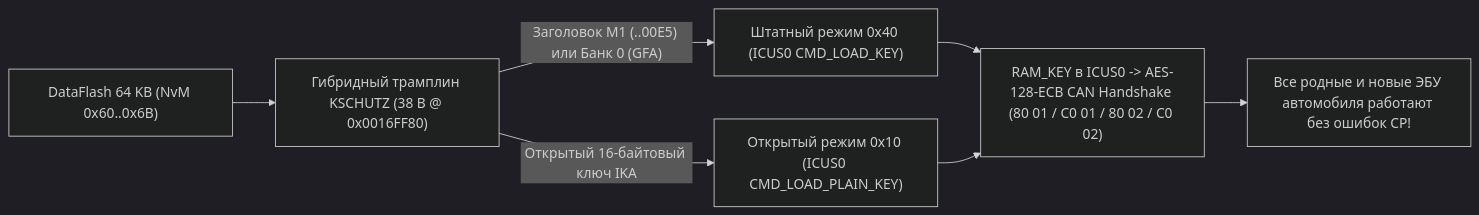
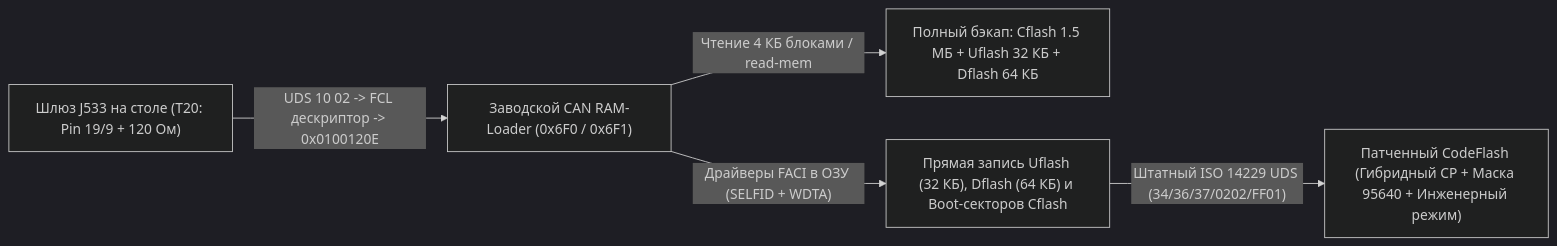
One commit to perkthefox/mqb_contitool changed the diagram in README.md. Above: the diagram before and after it, drawn with Mermaid (dark theme). The commit also changed other lines of this file and 97 other files, not shown here.

````diff
--- a/README.md
+++ b/README.md
@@ -91,9 +79,7 @@
 ```mermaid
 flowchart LR
-    NVM["DataFlash 64 KB (NvM 0x60..0x6B)"] --> CAVE["Гибридный трамплин KSCHUTZ (38 B @ 0x0016FF80)"]
-    CAVE -->|"Заголовок M1 (..00E5) или Банк 0 (GFA)"| SHE["Штатный режим 0x40 (ICUS0 CMD_LOAD_KEY)"]
-    CAVE -->|"Открытый 16-байтовый ключ IKA"| PLN["Открытый режим 0x10 (ICUS0 CMD_LOAD_PLAIN_KEY)"]
-    SHE --> AES["RAM_KEY в ICUS0 -> AES-128-ECB CAN Handshake (80 01 / C0 01 / 80 02 / C0 02)"]
-    PLN --> AES
-    AES --> OK["Все родные и новые ЭБУ автомобиля работают без ошибок CP!"]
+    T20["Шлюз J533 на столе (T20: Pin 19/9 + 120 Ом)"] -->|"UDS 10 02 -> FCL дескриптор -> 0x0100120E"| RAM["Заводской CAN RAM-Loader (0x6F0 / 0x6F1)"]
+    RAM -->|"Чтение 4 КБ блоками / read-mem"| BKP["Полный бэкап: Cflash 1.5 МБ + Uflash 32 КБ + Dflash 64 КБ"]
+    RAM -->|"Драйверы FACI в ОЗУ (SELFID + WDTA)"| FACI["Прямая запись Uflash (32 КБ), Dflash (64 КБ) и Boot-секторов Cflash"]
+    FACI -->|"Штатный ISO 14229 UDS (34/36/37/0202/FF01)"| CFL["Патченный CodeFlash (Гибридный CP + Маска 95640 + Инженерный режим)"]
 ```
````
